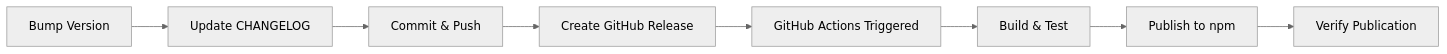
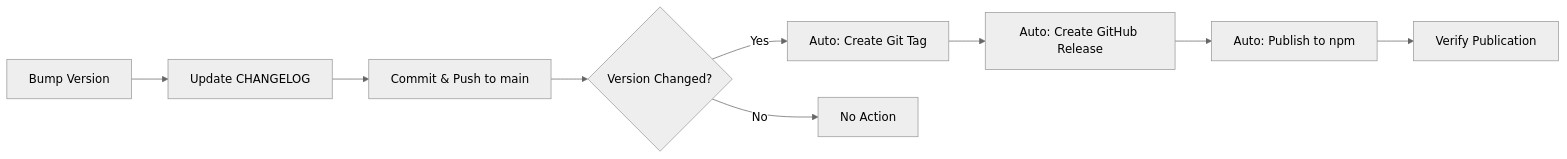
Before and after one commit to PCIRCLE-AI/memesh-llm-memory: the diagram in docs/RELEASE_PROCESS.md, drawn with Mermaid (neutral theme). The commit also changed other lines of this file and 14 other files, not shown here.

````diff
--- a/docs/RELEASE_PROCESS.md
+++ b/docs/RELEASE_PROCESS.md
@@ -11,10 +18,11 @@
 ```mermaid
 graph LR
     A[Bump Version] --> B[Update CHANGELOG]
-    B --> C[Commit & Push]
-    C --> D[Create GitHub Release]
-    D --> E[GitHub Actions Triggered]
-    E --> F[Build & Test]
-    F --> G[Publish to npm]
-    G --> H[Verify Publication]
+    B --> C[Commit & Push to main]
+    C --> D{Version Changed?}
+    D -->|Yes| E[Auto: Create Git Tag]
+    E --> F[Auto: Create GitHub Release]
+    F --> G[Auto: Publish to npm]
+    D -->|No| H[No Action]
+    G --> I[Verify Publication]
 ```
````
